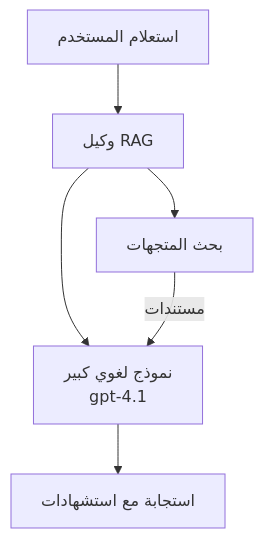
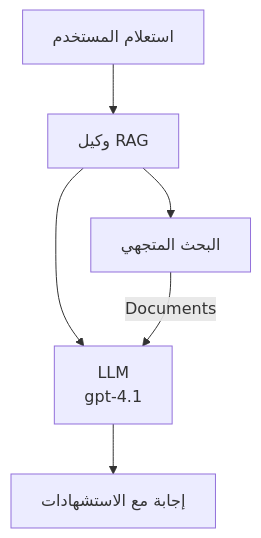
The second of 3 diagrams in translations/ar/docs/chapter-02-ai-development/agents.md (microsoft/AZD-for-beginners), drawn with Mermaid before and after one commit. The commit also changed other lines of this file and 59 other files, not shown here.

````diff
--- a/translations/ar/docs/chapter-02-ai-development/agents.md
+++ b/translations/ar/docs/chapter-02-ai-development/agents.md
@@ -181,8 +181,8 @@
 ```mermaid
 graph TD
     Query[استعلام المستخدم] --> RAG[وكيل RAG]
-    RAG --> Vector[بحث المتجهات]
-    RAG --> LLM[نموذج لغوي كبير<br/>gpt-4.1]
-    Vector -- مستندات --> LLM
-    LLM --> Response[استجابة مع استشهادات]
+    RAG --> Vector[البحث المتجهي]
+    RAG --> LLM[LLM<br/>gpt-4.1]
+    Vector -- Documents --> LLM
+    LLM --> Response[إجابة مع الاستشهادات]
 ```
````
